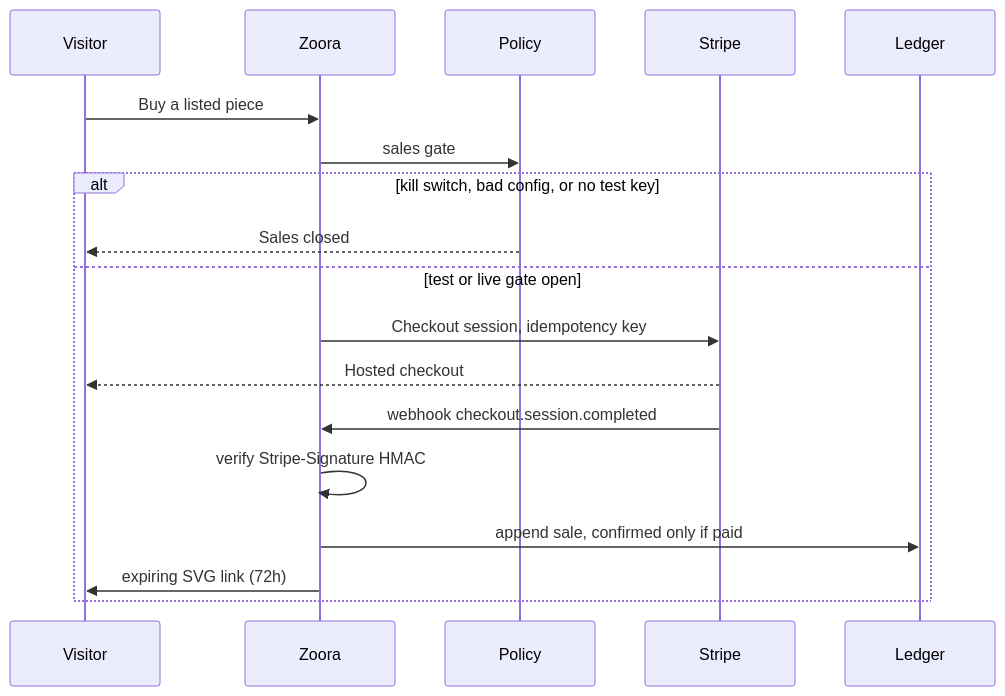
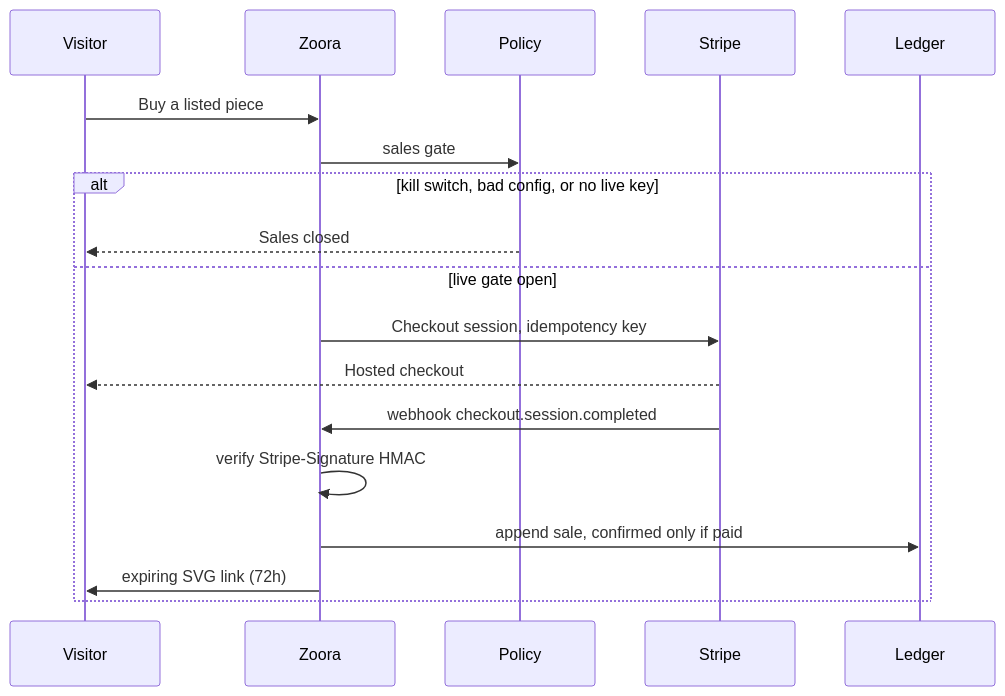
Before and after one commit to BuildWithAAI/buildwithAAI: the first of 2 diagrams in projects/lumen/docs/PAYMENT_FLOW.md, drawn with Mermaid. The commit also changed other lines of this file and 25 other files, not shown here.

````diff
--- a/projects/lumen/docs/PAYMENT_FLOW.md
+++ b/projects/lumen/docs/PAYMENT_FLOW.md
@@ -9,20 +11,20 @@
 ```mermaid
 sequenceDiagram
   participant Visitor
   participant Zoora
   participant Policy
   participant Stripe
   participant Ledger
   Visitor->>Zoora: Buy a listed piece
   Zoora->>Policy: sales gate
-  alt kill switch, bad config, or no test key
+  alt kill switch, bad config, or no live key
     Policy-->>Visitor: Sales closed
-  else test or live gate open
+  else live gate open
     Zoora->>Stripe: Checkout session, idempotency key
     Stripe-->>Visitor: Hosted checkout
     Stripe->>Zoora: webhook checkout.session.completed
     Zoora->>Zoora: verify Stripe-Signature HMAC
     Zoora->>Ledger: append sale, confirmed only if paid
     Zoora->>Visitor: expiring SVG link (72h)
   end
 ```
````
